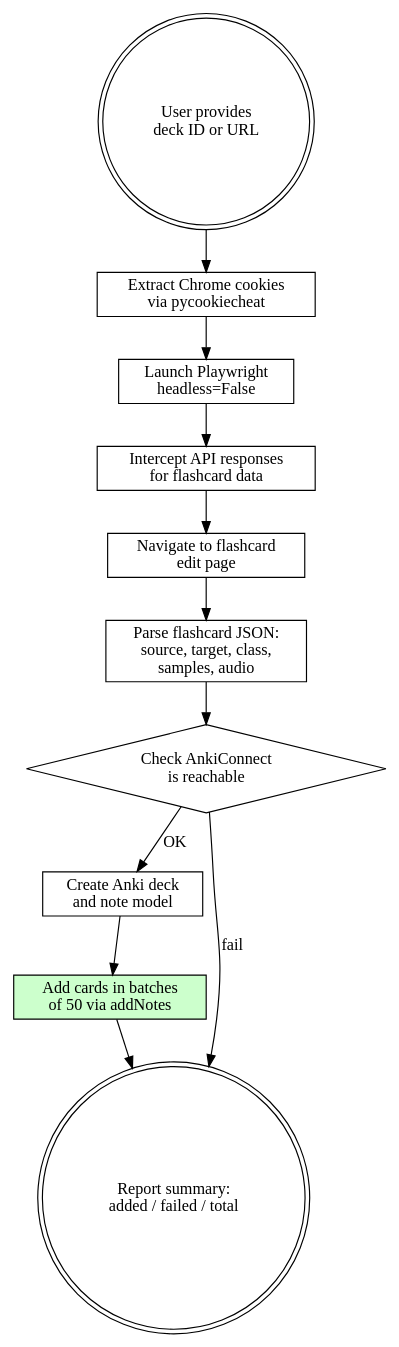
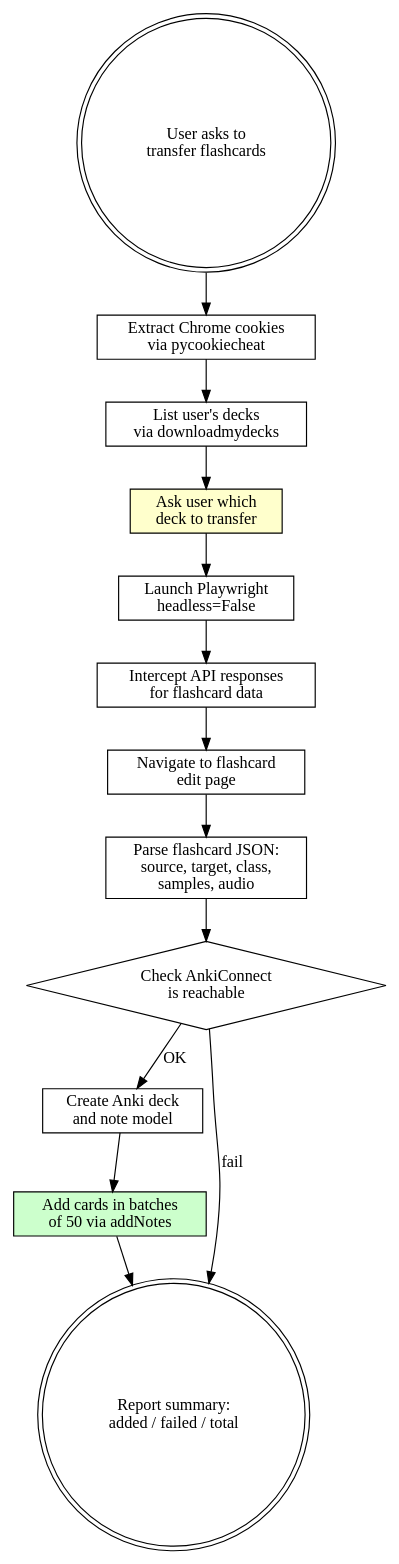
One commit to zadigus/skills changed the diagram in hungarianpod101-to-anki/SKILL.md. Above: the diagram before and after it, drawn with Graphviz. The commit also changed other lines of this file, not shown here.

Commit message:
Add deck selection step: always list and ask which deck to transfer

````diff
--- a/hungarianpod101-to-anki/SKILL.md
+++ b/hungarianpod101-to-anki/SKILL.md
@@ -28,26 +28,30 @@
 ```dot
 digraph workflow {
     rankdir=TB;
-    start [label="User provides\ndeck ID or URL", shape=doublecircle];
+    start [label="User asks to\ntransfer flashcards", shape=doublecircle];
     cookies [label="Extract Chrome cookies\nvia pycookiecheat", shape=box];
+    list_decks [label="List user's decks\nvia downloadmydecks", shape=box];
+    ask_deck [label="Ask user which\ndeck to transfer", shape=box, style=filled, fillcolor="#ffffcc"];
     playwright [label="Launch Playwright\nheadless=False", shape=box];
     intercept [label="Intercept API responses\nfor flashcard data", shape=box];
     navigate [label="Navigate to flashcard\nedit page", shape=box];
     parse [label="Parse flashcard JSON:\nsource, target, class,\nsamples, audio", shape=box];
     anki_check [label="Check AnkiConnect\nis reachable", shape=diamond];
     create_deck [label="Create Anki deck\nand note model", shape=box];
     add_cards [label="Add cards in batches\nof 50 via addNotes", shape=box, style=filled, fillcolor="#ccffcc"];
     report [label="Report summary:\nadded / failed / total", shape=doublecircle];
 
     start -> cookies;
-    cookies -> playwright;
+    cookies -> list_decks;
+    list_decks -> ask_deck;
+    ask_deck -> playwright;
     playwright -> intercept;
     intercept -> navigate;
     navigate -> parse;
     parse -> anki_check;
     anki_check -> create_deck [label="OK"];
     anki_check -> report [label="fail"];
     create_deck -> add_cards;
     add_cards -> report;
 }
 ```
````
